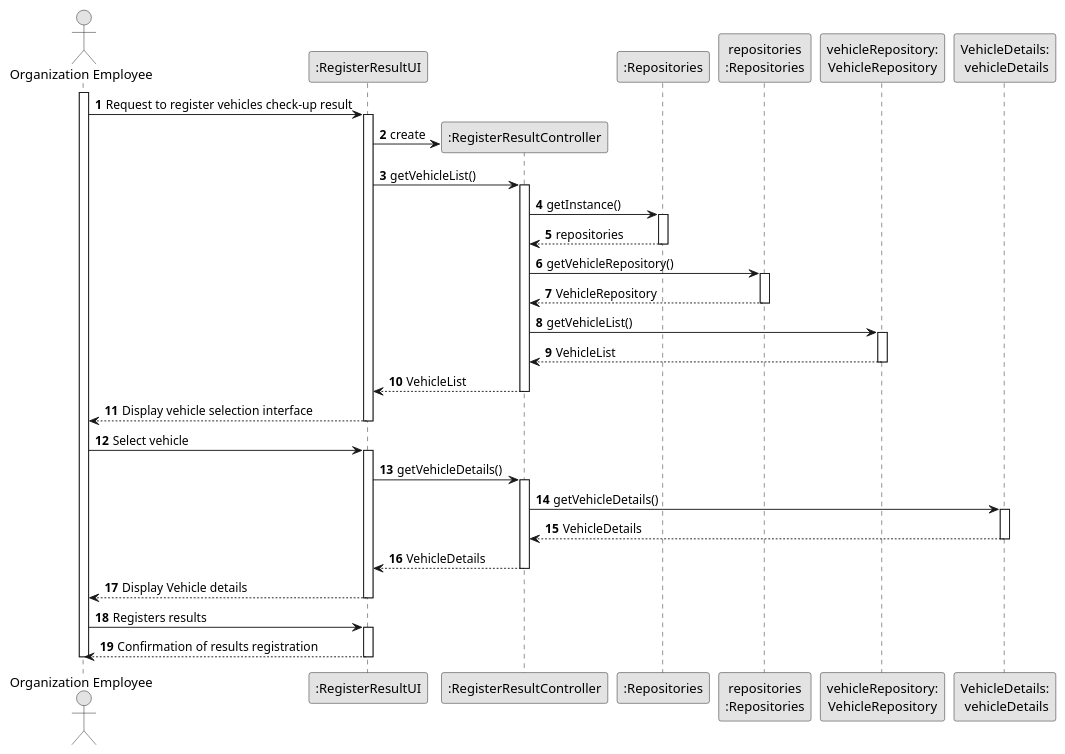
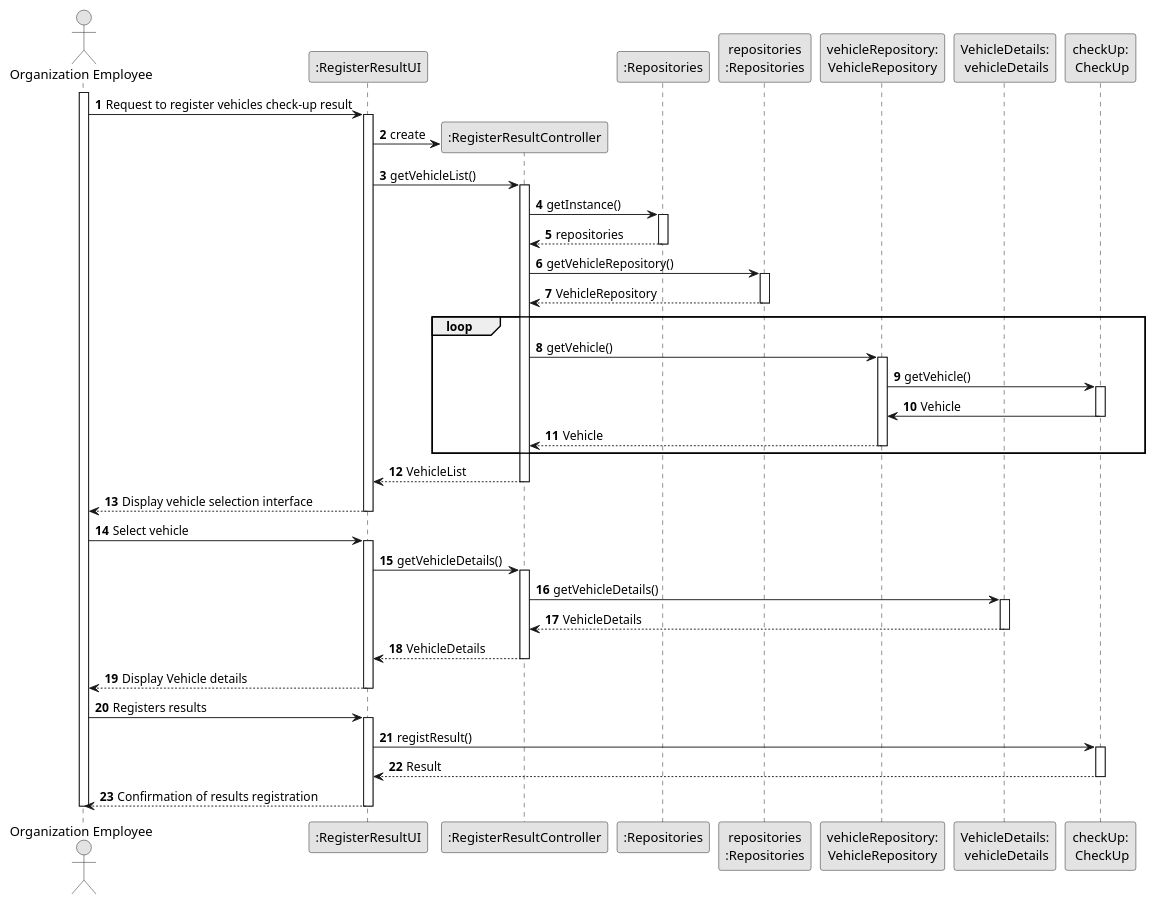
Before and after one commit to Departamento-de-Engenharia-Informatica/lei-24-s2-1df-1de-g063: the diagram in Sprint B/docs/SprintB/us007/03.design/puml/us007-sequence-diagram-full.puml, drawn with PlantUML. The commit also changed 3 other files, not shown here.

Commit message:
Class diagrams US7 US8

```diff
--- a/Sprint B/docs/SprintB/us007/03.design/puml/us007-sequence-diagram-full.puml
+++ b/Sprint B/docs/SprintB/us007/03.design/puml/us007-sequence-diagram-full.puml
@@ -1,81 +1,92 @@
 @startuml
 skinparam monochrome true
 skinparam packageStyle rectangle
 skinparam shadowing false
 
 autonumber
 
 'hide footbox
 actor "Organization Employee" as ADM
 participant ":RegisterResultUI" as UI
 participant ":RegisterResultController" as CTRL
 participant ":Repositories" as RepositorySingleton
 participant "repositories\n:Repositories" as PLAT
 participant "vehicleRepository:\nVehicleRepository" as VehicleRepository
 participant "VehicleDetails:\n vehicleDetails" as VehicleDetails
-
+participant "checkUp:\n CheckUp" as CheckUp
 activate ADM
 
         ADM -> UI : Request to register vehicles check-up result
 
         activate UI
 
 '            UI --> ADM : requests data (reference, description,  informal \n description, technical description, duration, cost)
             'create CTRL
             UI -> CTRL** : create
 
             UI -> CTRL : getVehicleList()
             activate CTRL
 
                 CTRL -> RepositorySingleton : getInstance()
                 activate RepositorySingleton
 
                     RepositorySingleton --> CTRL: repositories
                 deactivate RepositorySingleton
 
                 CTRL -> PLAT : getVehicleRepository()
                 activate PLAT
 
                     PLAT --> CTRL: VehicleRepository
                 deactivate PLAT
+                loop
+                    CTRL -> VehicleRepository : getVehicle()
+                    activate VehicleRepository
 
-                CTRL -> VehicleRepository : getVehicleList()
-                activate VehicleRepository
+                        VehicleRepository -> CheckUp :getVehicle()
+                            activate CheckUp
 
-                    VehicleRepository --> CTRL : VehicleList
-                deactivate VehicleRepository
+                            CheckUp -> VehicleRepository :Vehicle
+                            deactivate CheckUp
+                        VehicleRepository --> CTRL : Vehicle
+                    deactivate VehicleRepository
+                end
 
                 CTRL --> UI : VehicleList
             deactivate CTRL
 
             UI --> ADM : Display vehicle selection interface
         deactivate UI
 
     ADM -> UI : Select vehicle
     activate UI
 
         UI -> CTRL : getVehicleDetails()
         activate CTRL
 
             CTRL -> VehicleDetails : getVehicleDetails()
             activate VehicleDetails
 
                 VehicleDetails --> CTRL : VehicleDetails
             deactivate VehicleDetails
 
         CTRL --> UI : VehicleDetails
         deactivate CTRL
         UI --> ADM : Display Vehicle details
     deactivate UI
 
     ADM -> UI : Registers results
     activate UI
 
+        UI -> CheckUp : registResult()
+        activate CheckUp
+
+        CheckUp --> UI : Result
+        deactivate CheckUp
         UI --> ADM : Confirmation of results registration
     deactivate UI
 
 
 
 deactivate ADM
 
 @enduml
```
